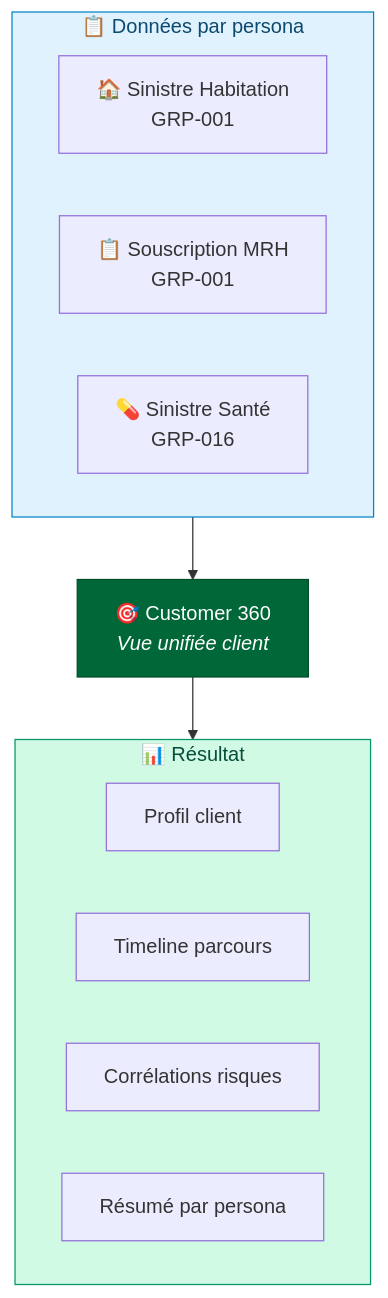
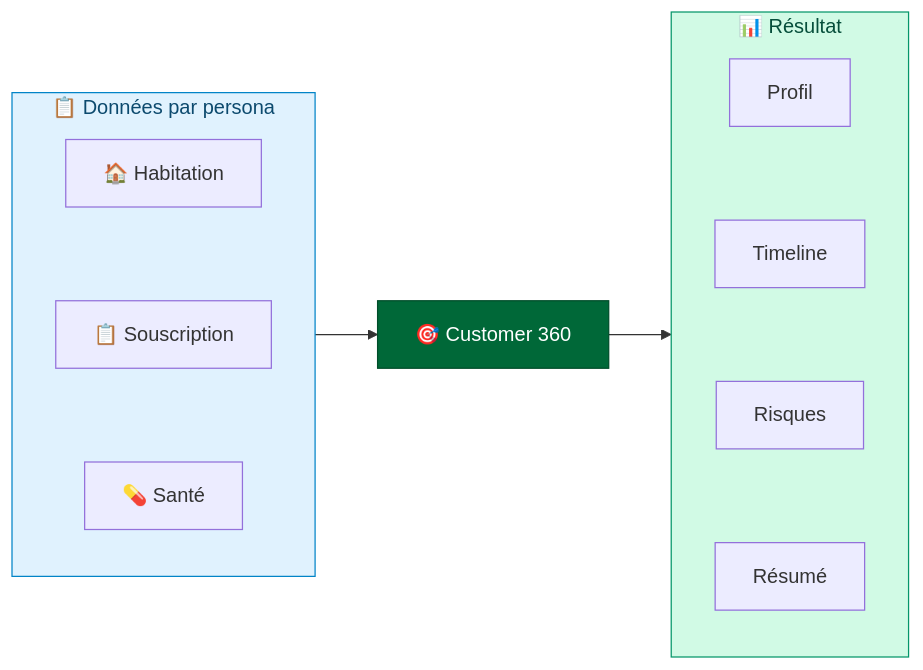
The ninth of 9 diagrams in docs/ARCHITECTURE-AGENTIC.md (olivMertens/WorkbenchIQ), drawn with Mermaid before and after one commit. The commit also changed other lines of this file and 6 other files, not shown here.

First line of the commit message:
Architecture docs: hybrid strategy, HITL, FAQ data locality, pipeline detail, PDF generator

````diff
--- a/docs/ARCHITECTURE-AGENTIC.md
+++ b/docs/ARCHITECTURE-AGENTIC.md
@@ -242,25 +366,14 @@
 ```mermaid
-graph TB
+graph LR
     subgraph SOURCES["📋 Données par persona"]
-        direction LR
-        S1["🏠 Sinistre Habitation<br/>GRP-001"]
-        S2["📋 Souscription MRH<br/>GRP-001"]
-        S3["💊 Sinistre Santé<br/>GRP-016"]
+        S1["🏠 Habitation"] ~~~ S2["📋 Souscription"] ~~~ S3["💊 Santé"]
     end
-
-    C360["🎯 Customer 360<br/><i>Vue unifiée client</i>"]
-
+    C360["🎯 Customer 360"]
     subgraph VIEW["📊 Résultat"]
-        direction LR
-        V1["Profil client"]
-        V2["Timeline parcours"]
-        V3["Corrélations risques"]
-        V4["Résumé par persona"]
+        V1["Profil"] ~~~ V2["Timeline"] ~~~ V3["Risques"] ~~~ V4["Résumé"]
     end
-
     SOURCES --> C360 --> VIEW
-
     style SOURCES fill:#e0f2fe,stroke:#0284c7,color:#0c4a6e
     style C360 fill:#006838,stroke:#004d2a,color:#fff
     style VIEW fill:#d1fae5,stroke:#059669,color:#064e3b
 ```
````
